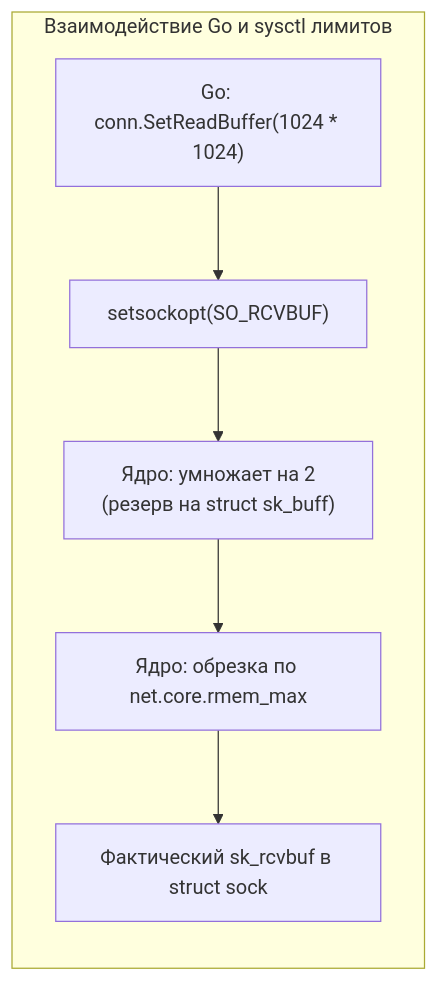
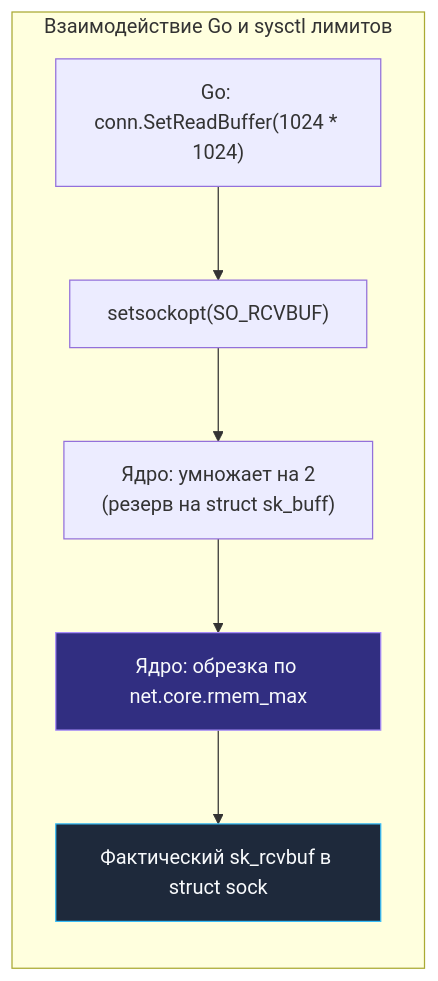
Before and after one commit to UnrealTemplier/go-textbook: the fifth of 5 diagrams in sources/2. Устройство и работа ОС/47. Сетевая подсистема ОС.md, drawn with Mermaid. The commit also changed other lines of this file and 1666 other files, not shown here.

First line of the commit message:
feat(mermaid): add semantic color classDef to 1369 colorless flowchart/graph diagrams

````diff
--- a/sources/2. Устройство и работа ОС/47. Сетевая подсистема ОС.md
+++ b/sources/2. Устройство и работа ОС/47. Сетевая подсистема ОС.md
@@ -161,13 +201,23 @@
 ```mermaid
 flowchart LR
+    classDef process  fill:#1e293b,stroke:#38bdf8,stroke-width:1px,color:#f8fafc
+    classDef success  fill:#064e3b,stroke:#34d399,stroke-width:1px,color:#f8fafc
+    classDef error    fill:#7f1d1d,stroke:#f87171,stroke-width:1px,color:#f8fafc
+    classDef warning  fill:#78350f,stroke:#fbbf24,stroke-width:1px,color:#f8fafc
+    classDef entry    fill:#1e3a5f,stroke:#38bdf8,stroke-width:2px,color:#f8fafc
+    classDef aux      fill:#334155,stroke:#64748b,stroke-width:1px,color:#f8fafc
+    classDef system   fill:#312e81,stroke:#a78bfa,stroke-width:1px,color:#f8fafc
+    classDef data     fill:#132d29,stroke:#2dd4bf,stroke-width:1px,color:#f8fafc
+    classDef network  fill:#881337,stroke:#fb7185,stroke-width:1px,color:#f8fafc
+    classDef accent   fill:#1e1b4b,stroke:#818cf8,stroke-width:1px,color:#f8fafc
     subgraph SysctlLimits["Взаимодействие Go и sysctl лимитов"]
         GoCall["Go: conn.SetReadBuffer(1024 * 1024)"]
         Syscall["setsockopt(SO_RCVBUF)"]
         KernelMult["Ядро: умножает на 2
 (резерв на struct sk_buff)"]
-        Cap["Ядро: обрезка по net.core.rmem_max"]
-        Actual["Фактический sk_rcvbuf в struct sock"]
+        Cap["Ядро: обрезка по net.core.rmem_max"]:::system
+        Actual["Фактический sk_rcvbuf в struct sock"]:::process
 
         GoCall --> Syscall --> KernelMult --> Cap --> Actual
     end
 ```
````
